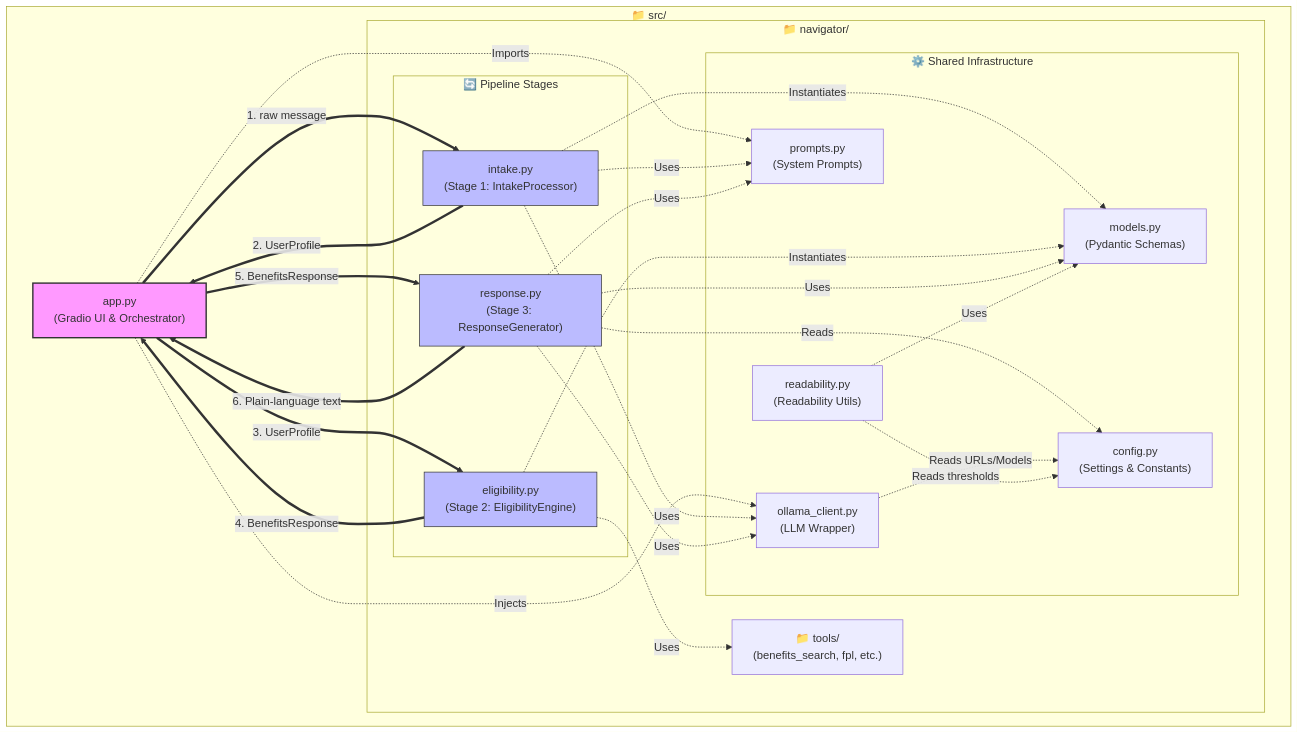
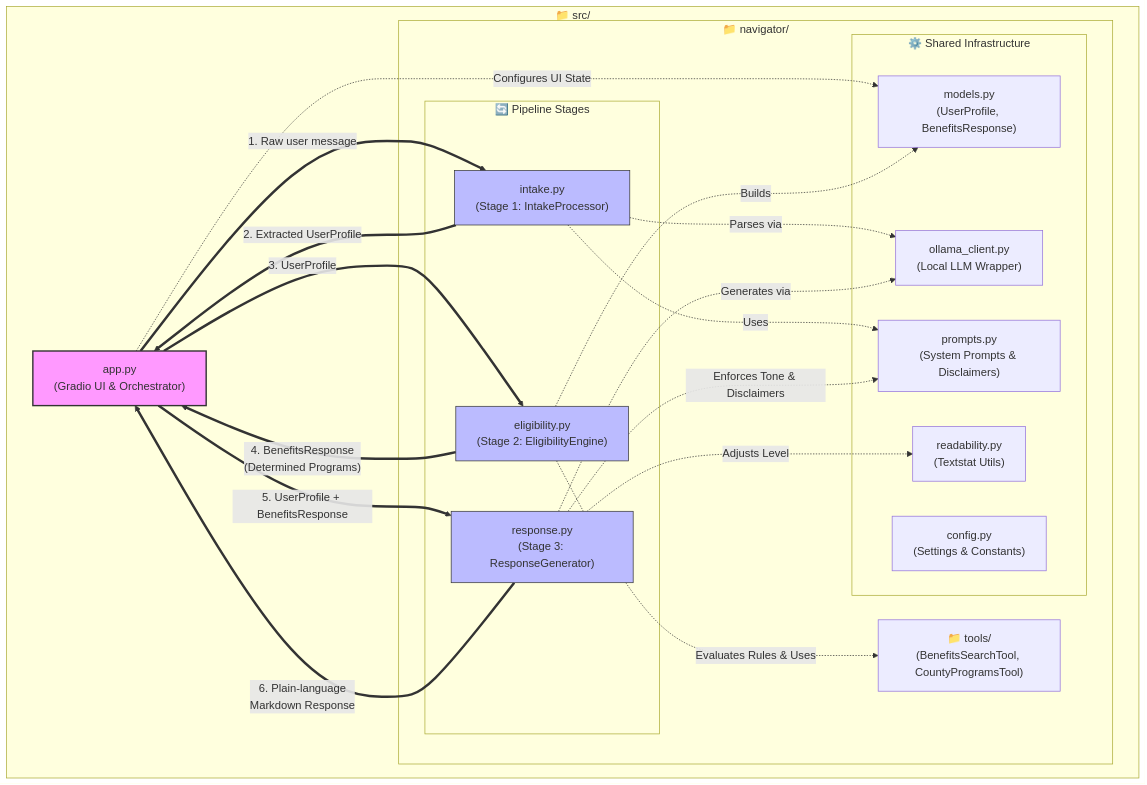
One commit to wanderduck/Gemma-4-Good-Hackathon changed the second of 3 diagrams in README.md. Above: the diagram before and after it, drawn with Mermaid. The commit also changed other lines of this file and 34 other files, not shown here.

````diff
--- a/README.md
+++ b/README.md
@@ -51,58 +123,51 @@
 ```mermaid
 flowchart TD
     %% File System Structure using Subgraphs
     subgraph src ["📁 src/"]
         App["app.py<br/>(Gradio UI & Orchestrator)"]
         
         subgraph navigator ["📁 navigator/"]
             subgraph pipeline ["🔄 Pipeline Stages"]
                 Intake["intake.py<br/>(Stage 1: IntakeProcessor)"]
                 Eligibility["eligibility.py<br/>(Stage 2: EligibilityEngine)"]
                 ResponseGen["response.py<br/>(Stage 3: ResponseGenerator)"]
             end
             
             subgraph shared ["⚙️ Shared Infrastructure"]
-                Models["models.py<br/>(Pydantic Schemas)"]
-                Ollama["ollama_client.py<br/>(LLM Wrapper)"]
-                Prompts["prompts.py<br/>(System Prompts)"]
+                Models["models.py<br/>(UserProfile, BenefitsResponse)"]
+                Ollama["ollama_client.py<br/>(Local LLM Wrapper)"]
+                Prompts["prompts.py<br/>(System Prompts & Disclaimers)"]
                 Config["config.py<br/>(Settings & Constants)"]
-                Readability["readability.py<br/>(Readability Utils)"]
+                Readability["readability.py<br/>(Textstat Utils)"]
             end
             
-            Tools["📁 tools/<br/>(benefits_search, fpl, etc.)"]
+            Tools["📁 tools/<br/>(BenefitsSearchTool, CountyProgramsTool)"]
         end
     end
 
-    %% Pipeline Orchestration / Data Flow (Solid Blue lines)
-    App == "1. raw message" ==> Intake
-    Intake == "2. UserProfile" ==> App
+    %% Pipeline Orchestration / Data Flow
+    App == "1. Raw user message" ==> Intake
+    Intake == "2. Extracted UserProfile" ==> App
     App == "3. UserProfile" ==> Eligibility
-    Eligibility == "4. BenefitsResponse" ==> App
-    App == "5. BenefitsResponse" ==> ResponseGen
-    ResponseGen == "6. Plain-language text" ==> App
+    Eligibility == "4. BenefitsResponse<br/>(Determined Programs)" ==> App
+    App == "5. UserProfile + BenefitsResponse" ==> ResponseGen
+    ResponseGen == "6. Plain-language<br/>Markdown Response" ==> App
 
-    %% Component Dependencies (Dotted lines)
-    App -. "Injects" .-> Ollama
-    App -. "Imports" .-> Prompts
+    %% Component Dependencies
+    App -. "Configures UI State" .-> Models
 
-    Intake -. "Uses" .-> Ollama
+    Intake -. "Parses via" .-> Ollama
     Intake -. "Uses" .-> Prompts
-    Intake -. "Instantiates" .-> Models
 
-    Eligibility -. "Uses" .-> Tools
-    Eligibility -. "Instantiates" .-> Models
+    Eligibility -. "Evaluates Rules & Uses" .-> Tools
+    Eligibility -. "Builds" .-> Models
 
-    ResponseGen -. "Uses" .-> Ollama
-    ResponseGen -. "Uses" .-> Prompts
-    ResponseGen -. "Reads" .-> Config
-    ResponseGen -. "Uses" .-> Models
-
-    Ollama -. "Reads URLs/Models" .-> Config
-    Readability -. "Reads thresholds" .-> Config
-    Readability -. "Uses" .-> Models
+    ResponseGen -. "Generates via" .-> Ollama
+    ResponseGen -. "Enforces Tone & Disclaimers" .-> Prompts
+    ResponseGen -. "Adjusts Level" .-> Readability
 
     style App fill:#f9f,stroke:#333,stroke-width:2px
     style Intake fill:#bbf,stroke:#333
     style Eligibility fill:#bbf,stroke:#333
     style ResponseGen fill:#bbf,stroke:#333
 ```
````
